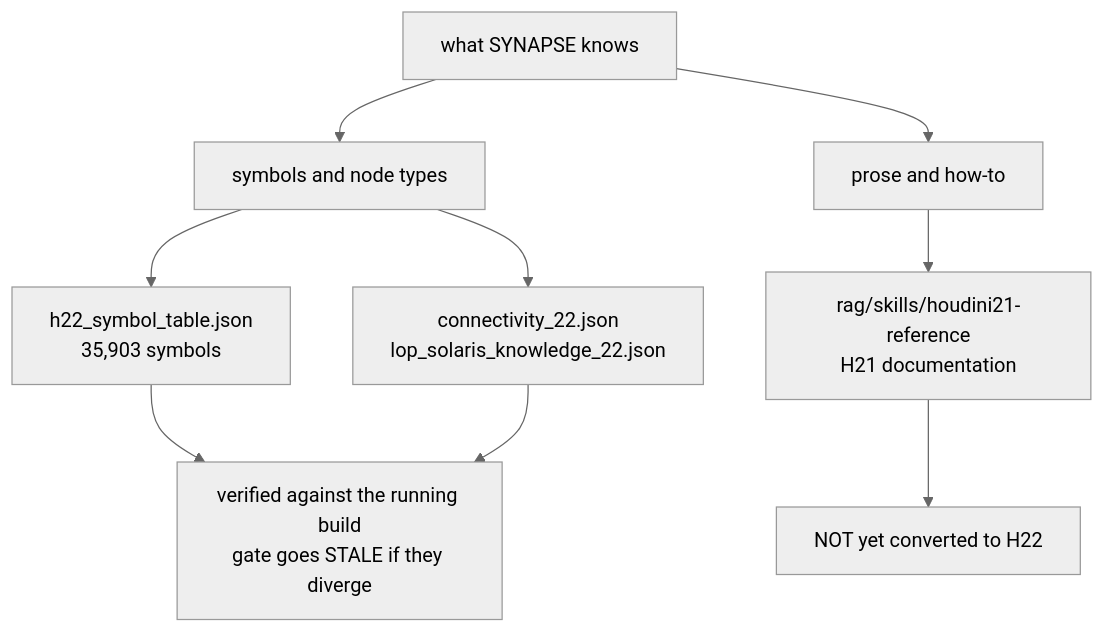
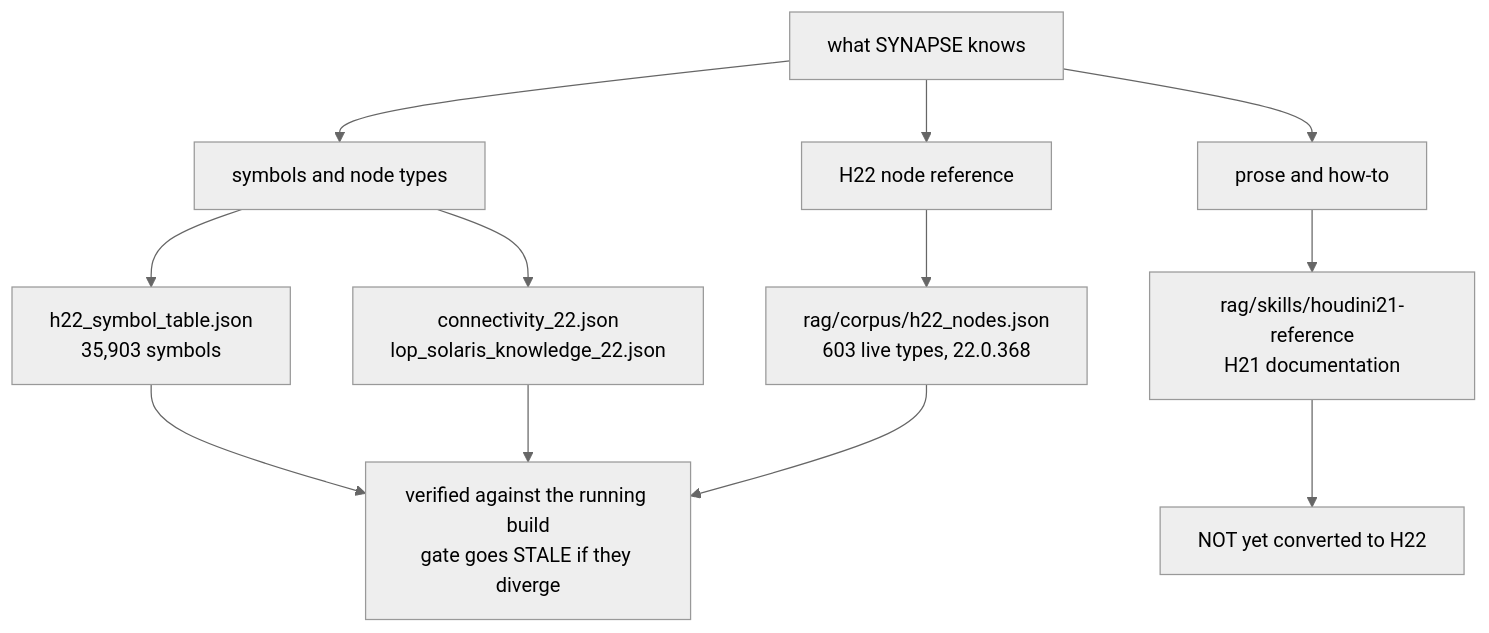
The second of 3 diagrams in README.md (JosephOIbrahim/Synapse), drawn with Mermaid (neutral theme) before and after one commit. The commit also changed other lines of this file and 1 other file, not shown here.

First line of the commit message:
docs(readme): the corpus enters the knowledge diagram, and three numbers catch up

````diff
--- a/README.md
+++ b/README.md
@@ -43,11 +43,14 @@
 ```mermaid
 flowchart TD
     K[what SYNAPSE knows] --> S[symbols and node types]
+    K --> N[H22 node reference]
     K --> P[prose and how-to]
     S --> S1["h22_symbol_table.json<br/>35,903 symbols"]
     S --> S2["connectivity_22.json<br/>lop_solaris_knowledge_22.json"]
+    N --> N1["rag/corpus/h22_nodes.json<br/>603 live types, 22.0.368"]
     P --> P1["rag/skills/houdini21-reference<br/>H21 documentation"]
     S1 --> OK["verified against the running build<br/>gate goes STALE if they diverge"]
     S2 --> OK
+    N1 --> OK
     P1 --> GAP["NOT yet converted to H22"]
 ```
````
